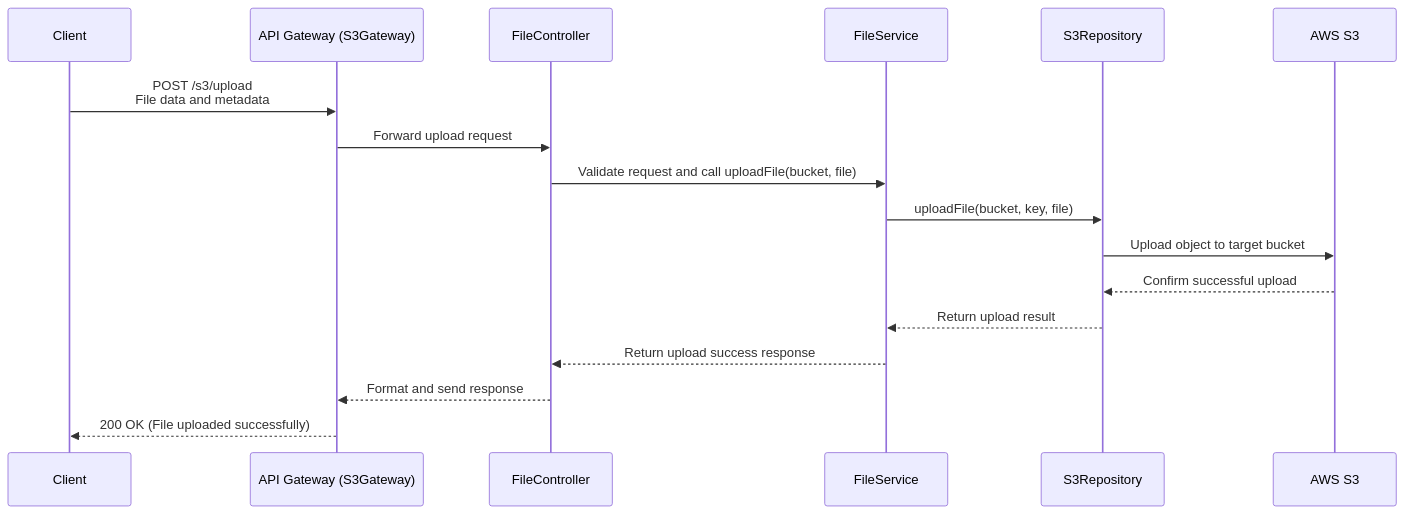
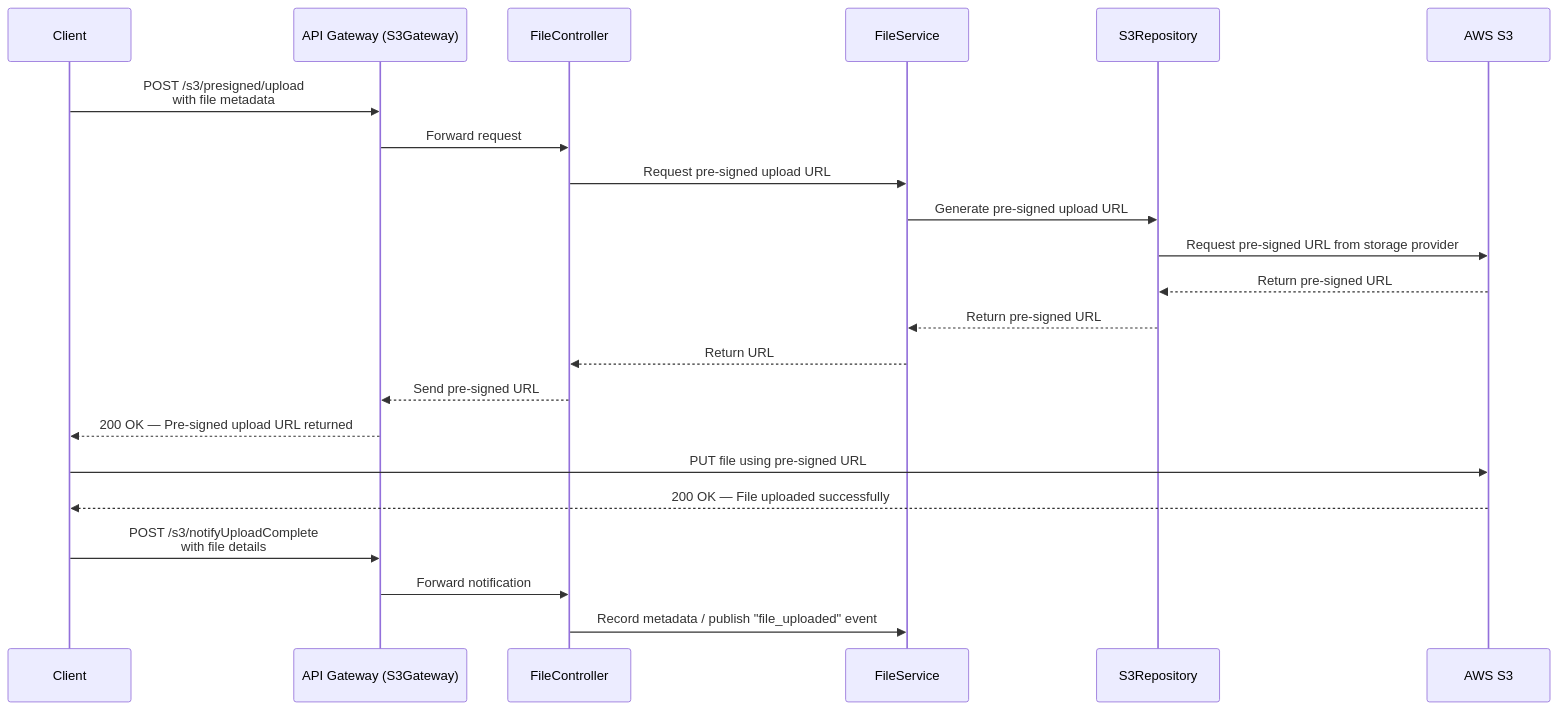
One commit to MmagdyHafezZ/pitch changed the diagram in docs/architecture/SequenceDiagrams/S3-Manager/sequence-diagram_FileUpload.mmd. Above: the diagram before and after it, drawn with Mermaid. The commit also changed 3 other files, not shown here.

Commit message:
docs(SCRUM-81): updated sequence diagrams

```diff
--- a/docs/architecture/SequenceDiagrams/S3-Manager/sequence-diagram_FileUpload.mmd
+++ b/docs/architecture/SequenceDiagrams/S3-Manager/sequence-diagram_FileUpload.mmd
@@ -1,25 +1,28 @@
 sequenceDiagram
     participant Client
     participant S3Gateway as API Gateway (S3Gateway)
     participant FileController
     participant FileService
     participant S3Repository
     participant AWSS3 as AWS S3
 
-    %% Step 1: Client initiates request
-    Client->>S3Gateway: POST /s3/upload<br/>File data and metadata
-    S3Gateway->>FileController: Forward upload request
+    %% Step 1: Client requests pre-signed upload URL
+    Client->>S3Gateway: POST /s3/presigned/upload<br/>with file metadata
+    S3Gateway->>FileController: Forward request
+    FileController->>FileService: Request pre-signed upload URL
+    FileService->>S3Repository: Generate pre-signed upload URL
+    S3Repository->>AWSS3: Request pre-signed URL from storage provider
+    AWSS3-->>S3Repository: Return pre-signed URL
+    S3Repository-->>FileService: Return pre-signed URL
+    FileService-->>FileController: Return URL
+    FileController-->>S3Gateway: Send pre-signed URL
+    S3Gateway-->>Client: 200 OK — Pre-signed upload URL returned
 
-    %% Step 2: Controller handles the request
-    FileController->>FileService: Validate request and call uploadFile(bucket, file)
+    %% Step 2: Client uploads file directly to S3
+    Client->>AWSS3: PUT file using pre-signed URL
+    AWSS3-->>Client: 200 OK — File uploaded successfully
 
-    %% Step 3: Service performs upload logic
-    FileService->>S3Repository: uploadFile(bucket, key, file)
-    S3Repository->>AWSS3: Upload object to target bucket
-    AWSS3-->>S3Repository: Confirm successful upload
-    S3Repository-->>FileService: Return upload result
-
-    %% Step 4: Return response
-    FileService-->>FileController: Return upload success response
-    FileController-->>S3Gateway: Format and send response
-    S3Gateway-->>Client: 200 OK (File uploaded successfully)
+    %% Step 3: (Optional) Notify backend of upload completion
+    Client->>S3Gateway: POST /s3/notifyUploadComplete<br/>with file details
+    S3Gateway->>FileController: Forward notification
+    FileController->>FileService: Record metadata / publish "file_uploaded" event
```
